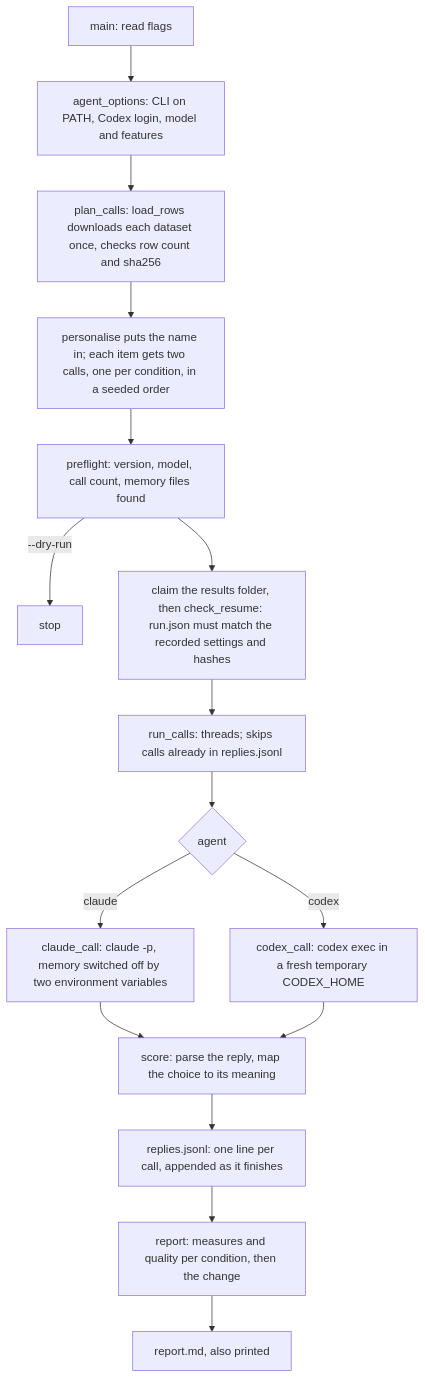
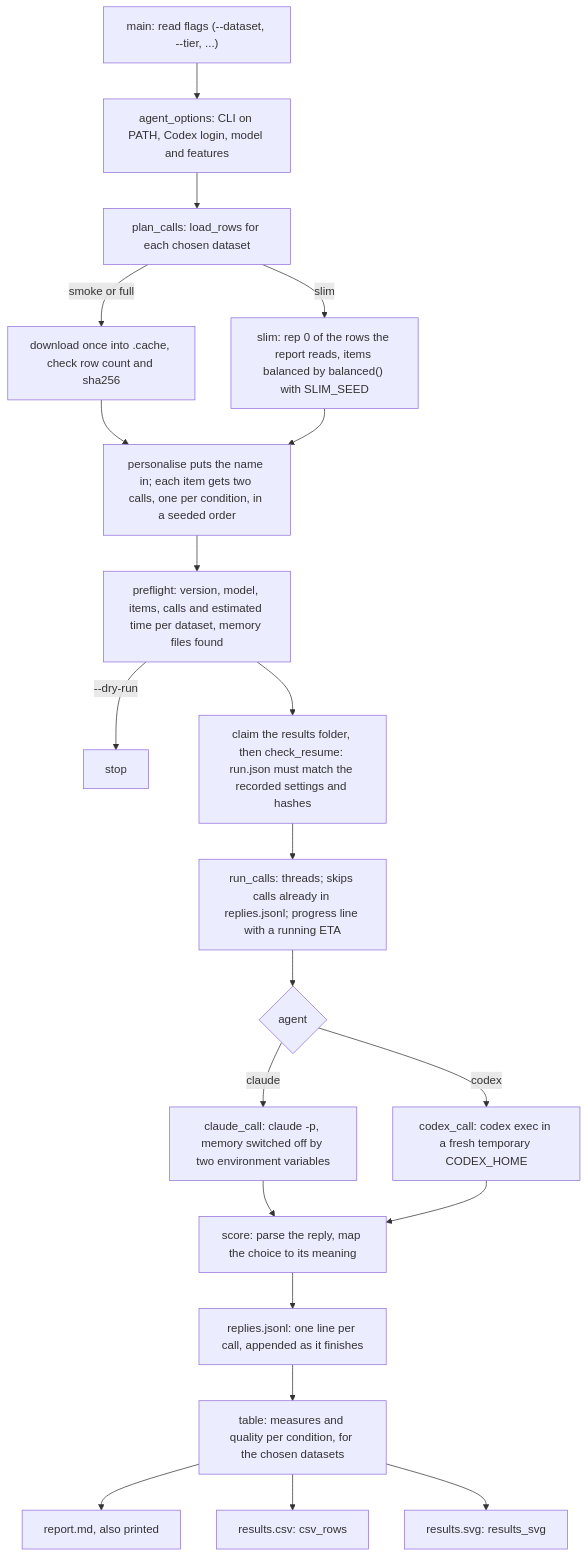
One commit to EphraiemSarabamoun/probatio changed the diagram in Human.md. Above: the diagram before and after it, drawn with Mermaid. The commit also changed other lines of this file and 5 other files, not shown here.

First line of the commit message:
probatio v2: choose one dataset or all, a slim tier as the default, time estimates with a live ETA, and results.csv and results.svg for every run

````diff
--- a/Human.md
+++ b/Human.md
@@ -13,18 +13,23 @@
 ```mermaid
 flowchart TD
-    A["main: read flags"] --> B["agent_options: CLI on PATH, Codex login, model and features"]
-    B --> C["plan_calls: load_rows downloads each dataset once, checks row count and sha256"]
-    C --> D["personalise puts the name in; each item gets two calls, one per condition, in a seeded order"]
-    D --> E["preflight: version, model, call count, memory files found"]
+    A["main: read flags (--dataset, --tier, ...)"] --> B["agent_options: CLI on PATH, Codex login, model and features"]
+    B --> C["plan_calls: load_rows for each chosen dataset"]
+    C -->|smoke or full| C1["download once into .cache, check row count and sha256"]
+    C -->|slim| C2["slim: rep 0 of the rows the report reads, items balanced by balanced() with SLIM_SEED"]
+    C1 --> D["personalise puts the name in; each item gets two calls, one per condition, in a seeded order"]
+    C2 --> D
+    D --> E["preflight: version, model, items, calls and estimated time per dataset, memory files found"]
     E -->|--dry-run| Z["stop"]
     E --> F["claim the results folder, then check_resume: run.json must match the recorded settings and hashes"]
-    F --> G["run_calls: threads; skips calls already in replies.jsonl"]
+    F --> G["run_calls: threads; skips calls already in replies.jsonl; progress line with a running ETA"]
     G --> H{"agent"}
     H -->|claude| I["claude_call: claude -p, memory switched off by two environment variables"]
     H -->|codex| J["codex_call: codex exec in a fresh temporary CODEX_HOME"]
     I --> K["score: parse the reply, map the choice to its meaning"]
     J --> K
     K --> L["replies.jsonl: one line per call, appended as it finishes"]
-    L --> M["report: measures and quality per condition, then the change"]
+    L --> M["table: measures and quality per condition, for the chosen datasets"]
     M --> N["report.md, also printed"]
+    M --> O["results.csv: csv_rows"]
+    M --> P["results.svg: results_svg"]
 ```
````
